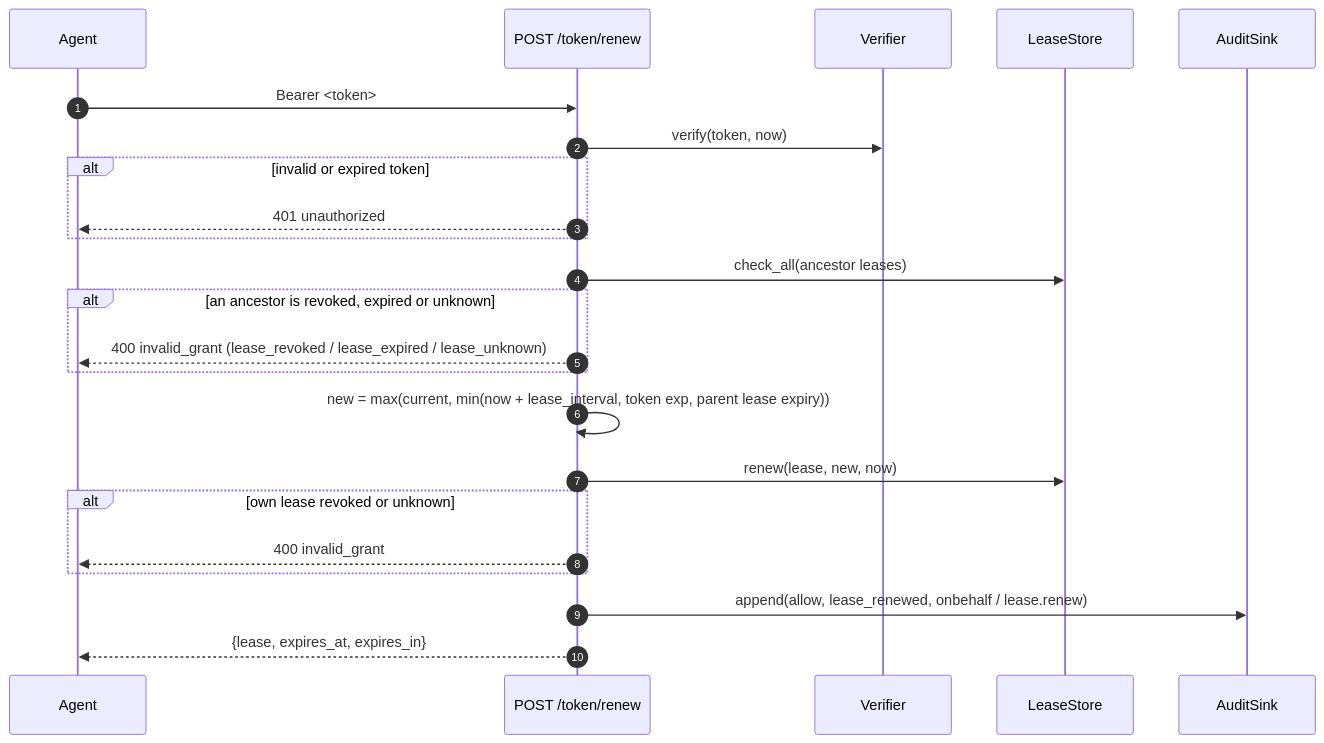
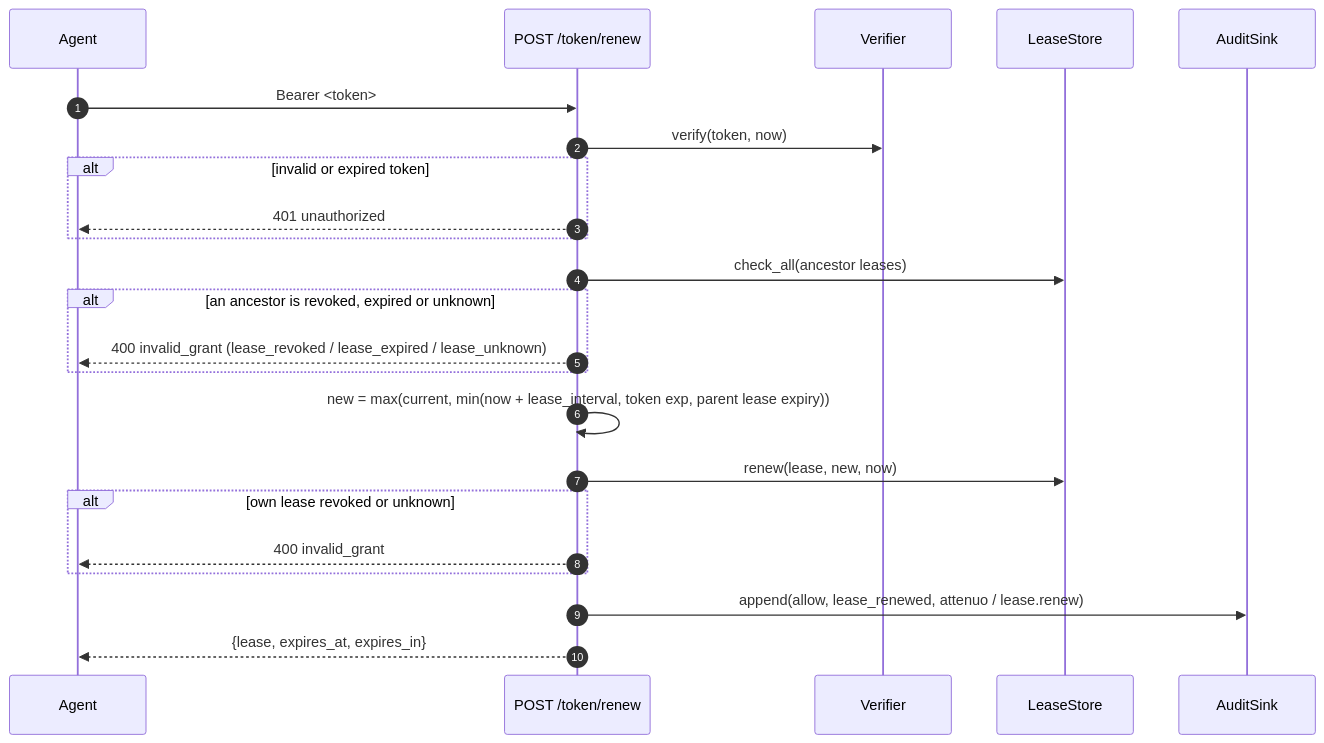
One commit to attenuo-dev/attenuo changed the fourth of 4 diagrams in docs/design/server.md. Above: the diagram before and after it, drawn with Mermaid. The commit also changed other lines of this file and 436 other files, not shown here.

First line of the commit message:
chore!: rename the project from onbehalf to attenuo

````diff
--- a/docs/design/server.md
+++ b/docs/design/server.md
@@ -263,26 +263,26 @@
 ```mermaid
 sequenceDiagram
     autonumber
     participant C as Agent
     participant R as POST /token/renew
     participant V as Verifier
     participant L as LeaseStore
     participant G as AuditSink
 
     C->>R: Bearer <token>
     R->>V: verify(token, now)
     alt invalid or expired token
         R-->>C: 401 unauthorized
     end
     R->>L: check_all(ancestor leases)
     alt an ancestor is revoked, expired or unknown
         R-->>C: 400 invalid_grant (lease_revoked / lease_expired / lease_unknown)
     end
     R->>R: new = max(current, min(now + lease_interval, token exp, parent lease expiry))
     R->>L: renew(lease, new, now)
     alt own lease revoked or unknown
         R-->>C: 400 invalid_grant
     end
-    R->>G: append(allow, lease_renewed, onbehalf / lease.renew)
+    R->>G: append(allow, lease_renewed, attenuo / lease.renew)
     R-->>C: {lease, expires_at, expires_in}
 ```
````
